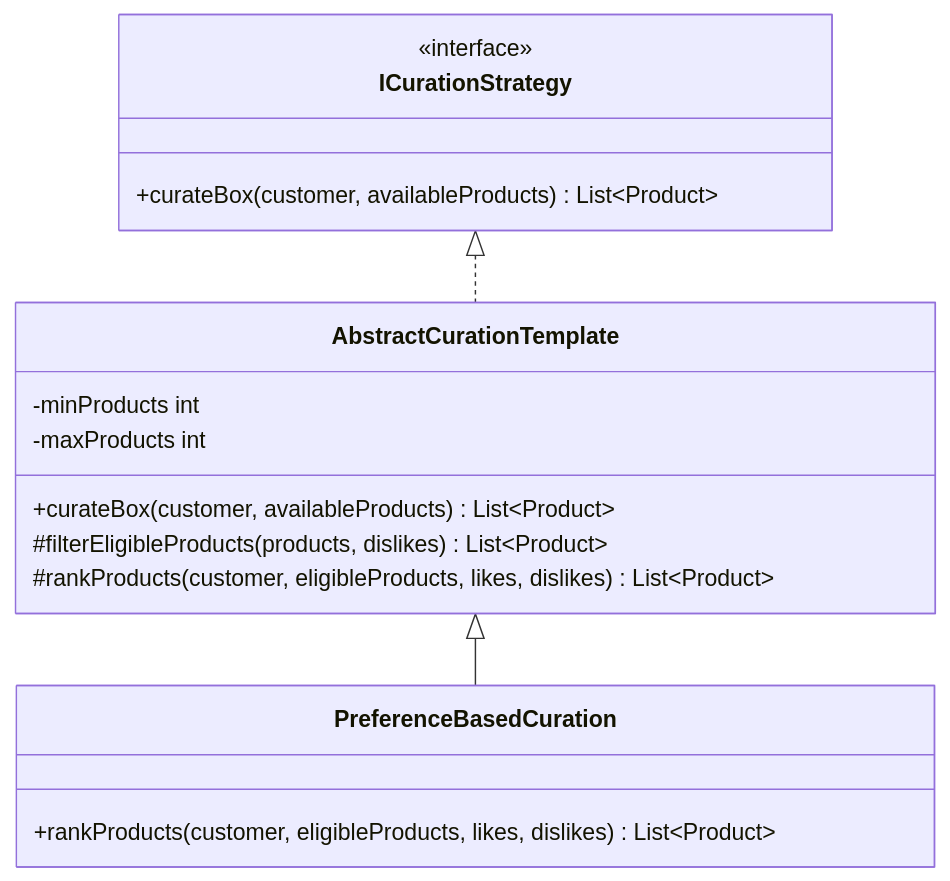
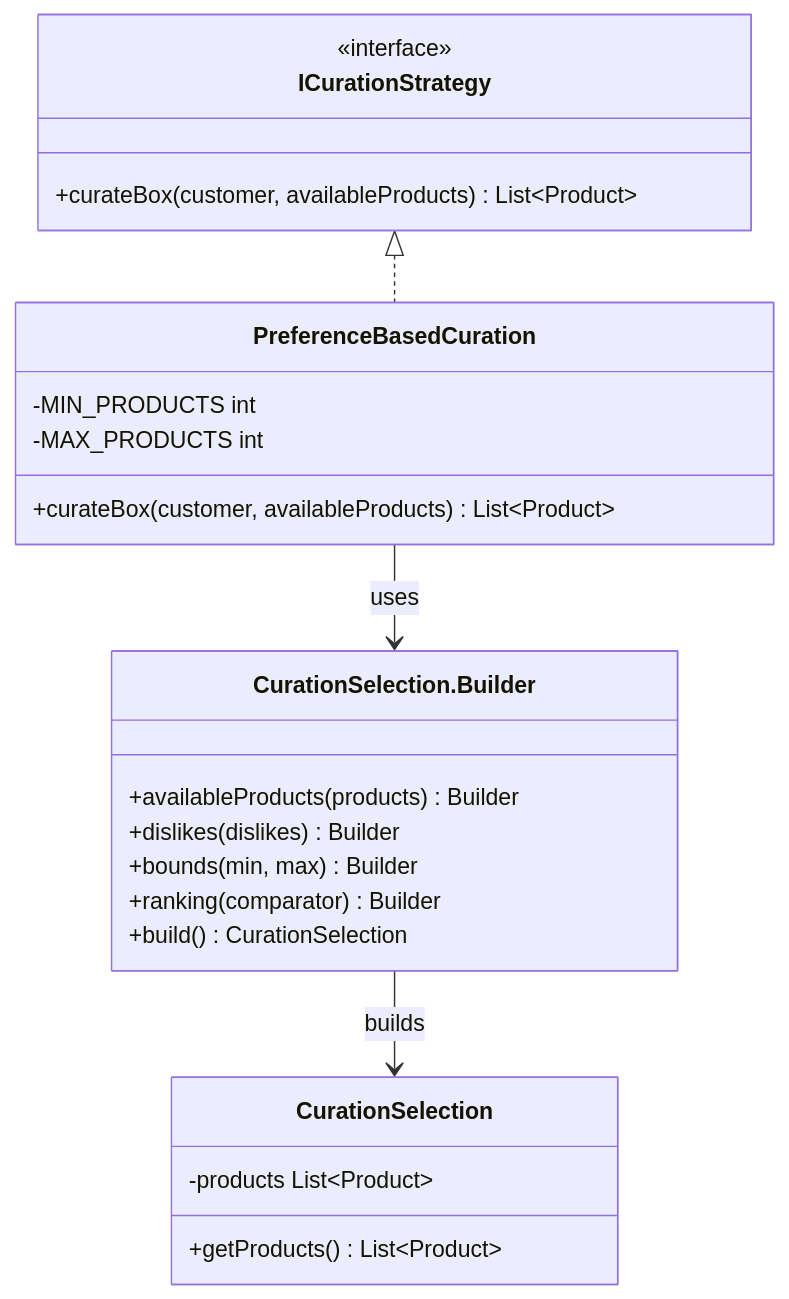
Before and after one commit to preksha-kamalesh/curatebox_ooad_mini_project: the seventh of 8 diagrams in readme.md, drawn with Mermaid. The commit also changed other lines of this file and 5 other files, not shown here.

Commit message:
feat(curation): implement Builder pattern and update box shipping UI flow

````diff
--- a/readme.md
+++ b/readme.md
@@ -624,22 +624,30 @@
 ```mermaid
 classDiagram
     class ICurationStrategy {
         <<interface>>
         +curateBox(customer, availableProducts) List~Product~
     }
 
-    class AbstractCurationTemplate {
-        -minProducts int
-        -maxProducts int
+    class PreferenceBasedCuration {
+        -MIN_PRODUCTS int
+        -MAX_PRODUCTS int
         +curateBox(customer, availableProducts) List~Product~
-        #filterEligibleProducts(products, dislikes) List~Product~
-        #rankProducts(customer, eligibleProducts, likes, dislikes) List~Product~
     }
 
-    class PreferenceBasedCuration {
-        +rankProducts(customer, eligibleProducts, likes, dislikes) List~Product~
+    class CurationSelection {
+        -products List~Product~
+        +getProducts() List~Product~
     }
 
-    ICurationStrategy <|.. AbstractCurationTemplate
-    AbstractCurationTemplate <|-- PreferenceBasedCuration
+    class CurationSelection.Builder {
+        +availableProducts(products) Builder
+        +dislikes(dislikes) Builder
+        +bounds(min, max) Builder
+        +ranking(comparator) Builder
+        +build() CurationSelection
+    }
+
+    ICurationStrategy <|.. PreferenceBasedCuration
+    PreferenceBasedCuration --> CurationSelection.Builder : uses
+    CurationSelection.Builder --> CurationSelection : builds
 ```
````
